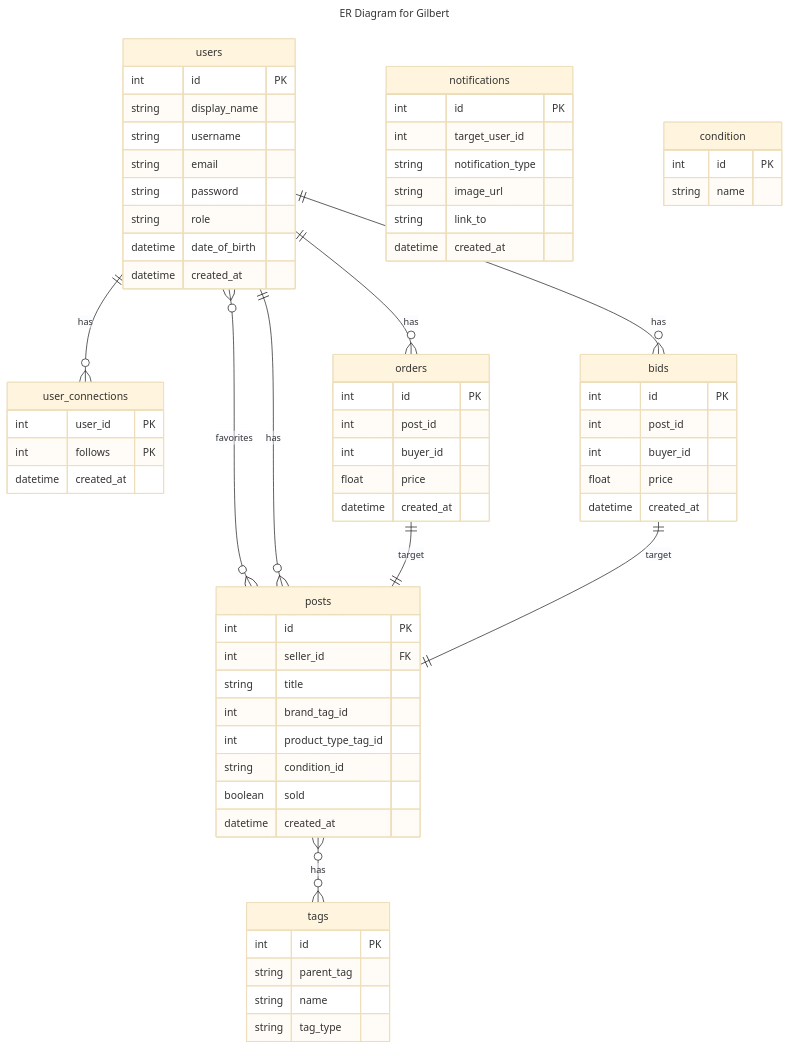
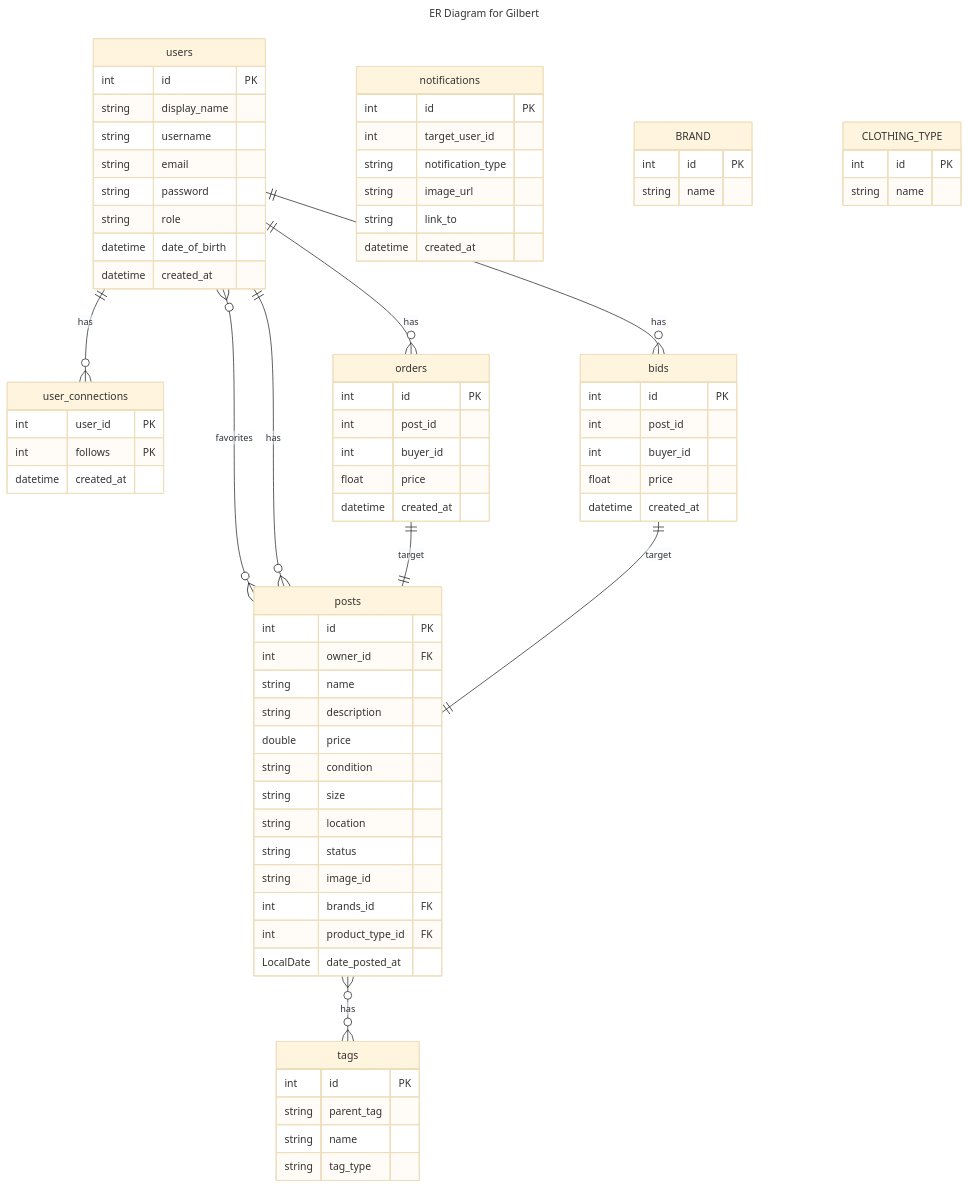
One commit to zealand-cs/Gilbert changed the diagram in Documents/Diagrams/ERDiagram.md. Above: the diagram before and after it, drawn with Mermaid (base theme). The commit also changed 7 other files, not shown here.

Commit message:
De rette annotations, samt Enum Condition klasse og rettet ER-diagram til at passe til Postklassen.

```diff
--- a/Documents/Diagrams/ERDiagram.md
+++ b/Documents/Diagrams/ERDiagram.md
@@ -25,13 +25,18 @@
 
 posts {
     int id PK
-    int seller_id FK
-    string title
-    int brand_tag_id
-    int product_type_tag_id
-    string condition_id
-    boolean sold
-    datetime created_at
+    int owner_id FK
+    string name
+    string description
+    double price
+    string condition
+    string size
+    string location
+    string status
+    string image_id
+    int brands_id FK
+    int product_type_id FK
+    LocalDate date_posted_at
 }
 
 orders {
@@ -66,10 +71,18 @@
     string tag_type
 }
 
-condition {
+BRAND {
     int id PK
     string name
 }
+
+CLOTHING_TYPE {
+    int id PK
+    string name
+}
+        
+
+
 
 users }o--o{ posts : "favorites"
 users ||--o{ user_connections : "has"
```
